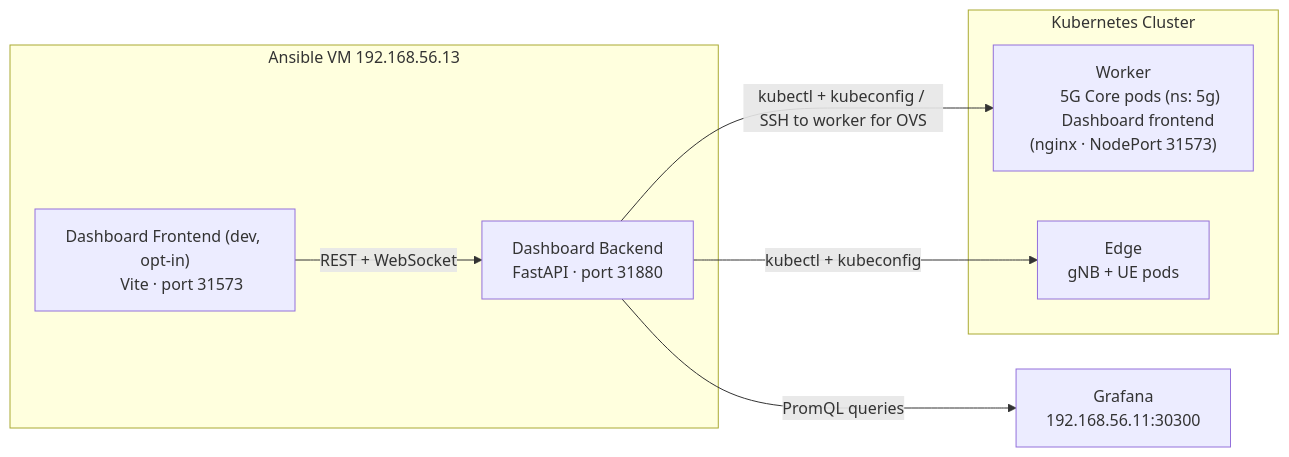
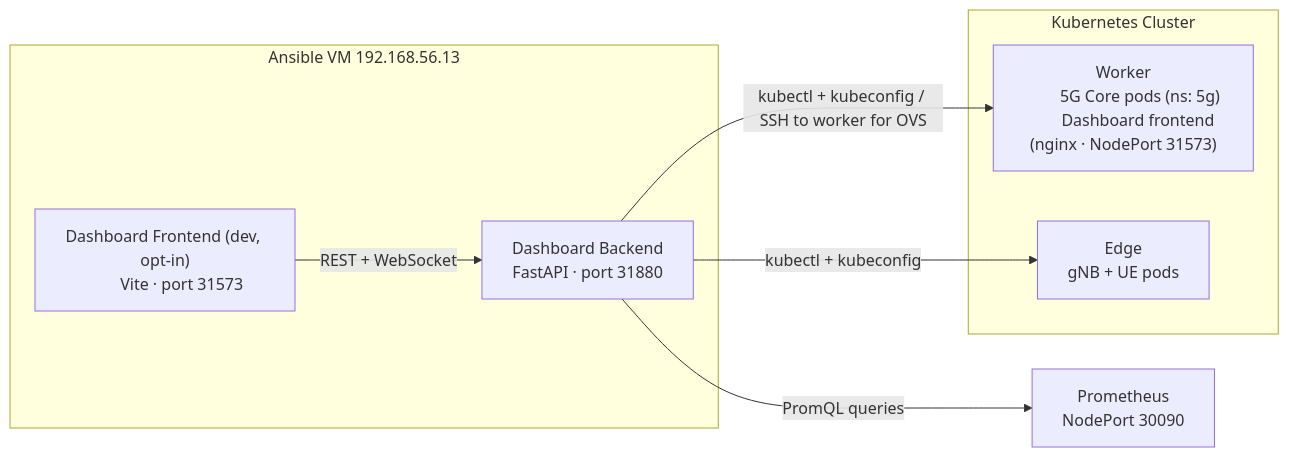
Before and after one commit to Jacobbista/kelt: the first of 2 diagrams in docs/dashboard/overview.md, drawn with Mermaid. The commit also changed other lines of this file and 1 other file, not shown here.

Commit message:
docs: dashboard auth is on by default; the dashboard queries Prometheus directly

````diff
--- a/docs/dashboard/overview.md
+++ b/docs/dashboard/overview.md
@@ -9,23 +9,23 @@
 ```mermaid
 graph LR
     subgraph Cluster["Kubernetes Cluster"]
         W["Worker
         5G Core pods (ns: 5g)
         Dashboard frontend (nginx · NodePort 31573)"]
         E["Edge
         gNB + UE pods"]
     end
     subgraph Ansible["Ansible VM  192.168.56.13"]
         DB_B["Dashboard Backend
         FastAPI · port 31880"]
         DB_F["Dashboard Frontend (dev, opt-in)
         Vite · port 31573"]
     end
-    Grafana["Grafana
-    192.168.56.11:30300"]
+    Prom["Prometheus
+    NodePort 30090"]
 
     DB_B -->|"kubectl + kubeconfig / SSH to worker for OVS"| W
     DB_B -->|"kubectl + kubeconfig"| E
     DB_F -->|"REST + WebSocket"| DB_B
-    DB_B -->|"PromQL queries"| Grafana
+    DB_B -->|"PromQL queries"| Prom
 ```
````
